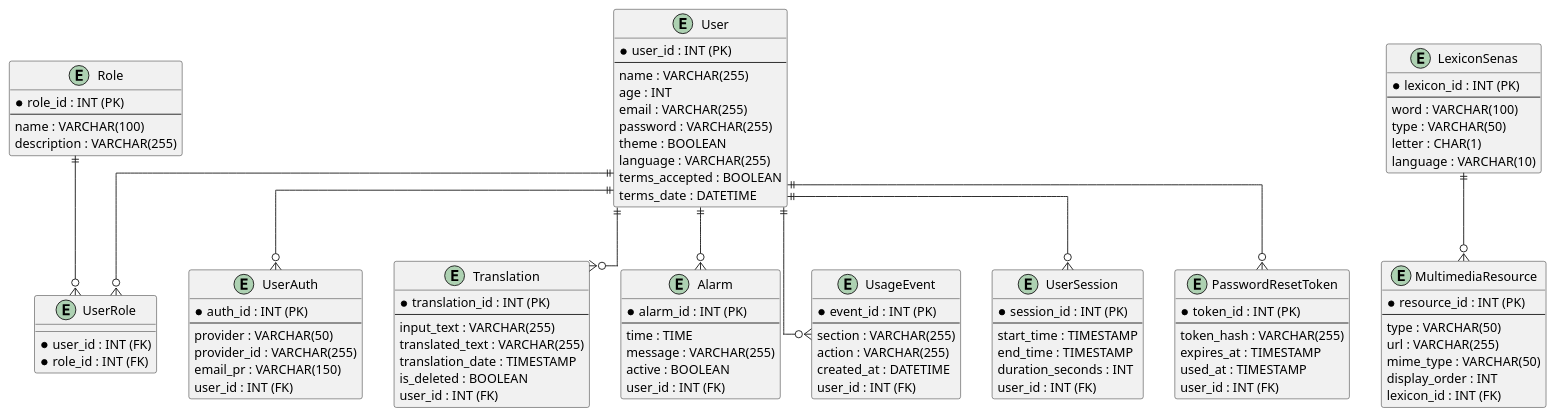
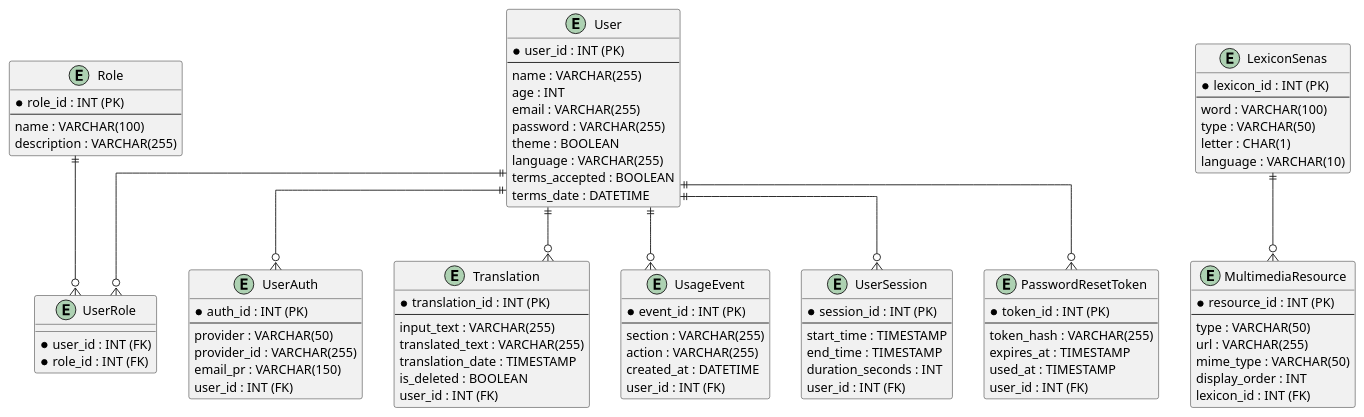
Before and after one commit to tadeo77789/TraduceSe-as: the diagram in BD/MER base de datos en ingles.puml, drawn with PlantUML. The commit also changed 8 other files, not shown here.

Commit message:
docs: remove alarms feature references from database scripts, diagrams and documentation

```diff
--- a/BD/MER base de datos en ingles.puml
+++ b/BD/MER base de datos en ingles.puml
@@ -1,122 +1,112 @@
 @startuml 
 
 skinparam linetype ortho
 skinparam entity {
   BackgroundColor #DBEAFE
   BorderColor #3B82F6
   FontName Arial
 }
 
 entity "User" as user {
   * user_id : INT (PK)
   --
   name : VARCHAR(255)
   age : INT
   email : VARCHAR(255)
   password : VARCHAR(255)
   theme : BOOLEAN
   language : VARCHAR(255)
   terms_accepted : BOOLEAN
   terms_date : DATETIME
 }
 
 entity "UserAuth" as userAuth {
   * auth_id : INT (PK)
   --
   provider : VARCHAR(50)
   provider_id : VARCHAR(255)
   email_pr : VARCHAR(150)
   user_id : INT (FK)
 }
 
 entity "Role" as role {
   * role_id : INT (PK)
   --
   name : VARCHAR(100)
   description : VARCHAR(255)
 }
 
 entity "UserRole" as userRole {
   * user_id : INT (FK)
   * role_id : INT (FK)
 }
 
 entity "Translation" as translation {
   * translation_id : INT (PK)
   --
   input_text : VARCHAR(255)
   translated_text : VARCHAR(255)
   translation_date : TIMESTAMP
   is_deleted : BOOLEAN
   user_id : INT (FK)
 }
 
 entity "LexiconSenas" as lexicon {
   * lexicon_id : INT (PK)
   --
   word : VARCHAR(100)
   type : VARCHAR(50)
   letter : CHAR(1)
   language : VARCHAR(10)
 }
 
 entity "MultimediaResource" as multimedia {
   * resource_id : INT (PK)
   --
   type : VARCHAR(50)
   url : VARCHAR(255)
   mime_type : VARCHAR(50)
   display_order : INT
   lexicon_id : INT (FK)
 }
 
-entity "Alarm" as alarm {
-  * alarm_id : INT (PK)
-  --
-  time : TIME
-  message : VARCHAR(255)
-  active : BOOLEAN
-  user_id : INT (FK)
-}
-
 entity "UsageEvent" as usageEvent {
   * event_id : INT (PK)
   --
   section : VARCHAR(255)
   action : VARCHAR(255)
   created_at : DATETIME
   user_id : INT (FK)
 }
 
 entity "UserSession" as userSession {
   * session_id : INT (PK)
   --
   start_time : TIMESTAMP
   end_time : TIMESTAMP
   duration_seconds : INT
   user_id : INT (FK)
 }
 
 entity "PasswordResetToken" as resetToken {
   * token_id : INT (PK)
   --
   token_hash : VARCHAR(255)
   expires_at : TIMESTAMP
   used_at : TIMESTAMP
   user_id : INT (FK)
 }
 
 ' RELATIONSHIPS (igual a la imagen)
 user ||--o{ userAuth
 user ||--o{ userRole
 user ||--o{ translation
-user ||--o{ alarm
 user ||--o{ usageEvent
 user ||--o{ userSession
 user ||--o{ resetToken
 
 role ||--o{ userRole
 
 lexicon ||--o{ multimedia
 
 @enduml   
```
